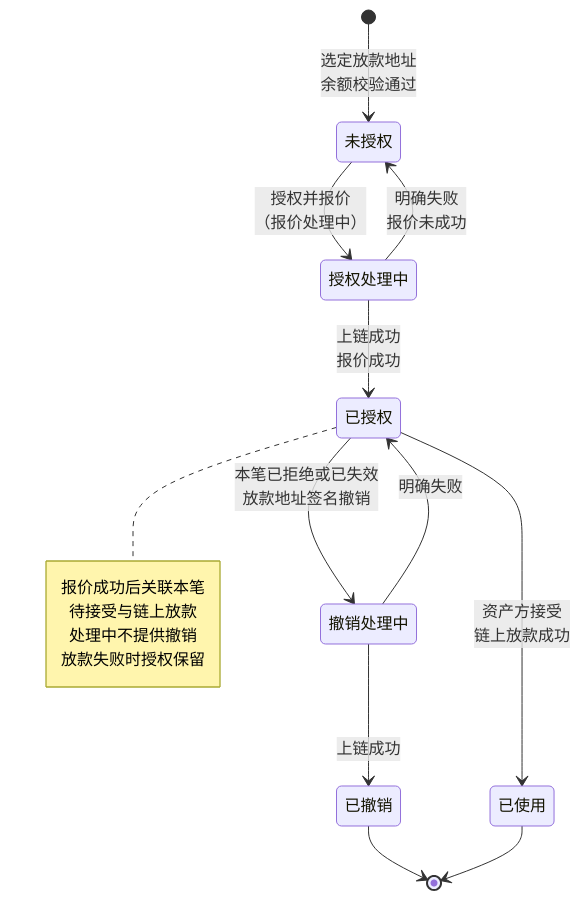
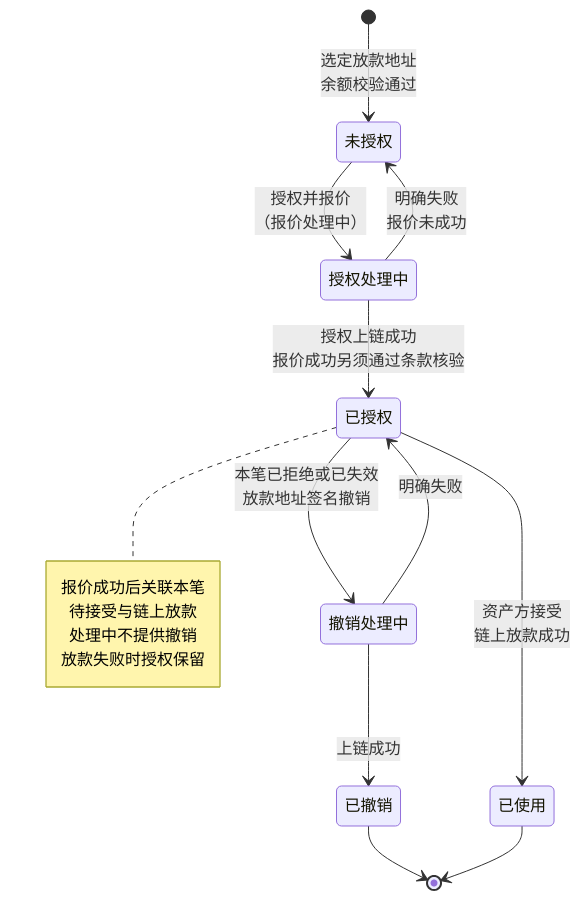
One commit to wxblockchain/Chain-Financing changed the tenth of 10 diagrams in lending-platform/PRD/面客端/06-借贷广场-授信报价与接受拒绝/02-授信报价与接受拒绝-流程图与状态机.md. Above: the diagram before and after it, drawn with Mermaid. The commit also changed other lines of this file and 3 other files, not shown here.

````diff
--- a/lending-platform/PRD/面客端/06-借贷广场-授信报价与接受拒绝/02-授信报价与接受拒绝-流程图与状态机.md
+++ b/lending-platform/PRD/面客端/06-借贷广场-授信报价与接受拒绝/02-授信报价与接受拒绝-流程图与状态机.md
@@ -267,25 +283,25 @@
 ```mermaid
 stateDiagram-v2
   state "未授权" as NONE
   state "授权处理中" as GRANTING
   state "已授权" as GRANTED
   state "撤销处理中" as REVOKING
   state "已撤销" as REVOKED
   state "已使用" as USED
   [*] --> NONE: 选定放款地址<br/>余额校验通过
   NONE --> GRANTING: 授权并报价<br/>（报价处理中）
   GRANTING --> NONE: 明确失败<br/>报价未成功
-  GRANTING --> GRANTED: 上链成功<br/>报价成功
+  GRANTING --> GRANTED: 授权上链成功<br/>报价成功另须通过条款核验
   GRANTED --> REVOKING: 本笔已拒绝或已失效<br/>放款地址签名撤销
   REVOKING --> GRANTED: 明确失败
   REVOKING --> REVOKED: 上链成功
   GRANTED --> USED: 资产方接受<br/>链上放款成功
   REVOKED --> [*]
   USED --> [*]
   note right of GRANTED
     报价成功后关联本笔
     待接受与链上放款
     处理中不提供撤销
     放款失败时授权保留
   end note
 ```
````
